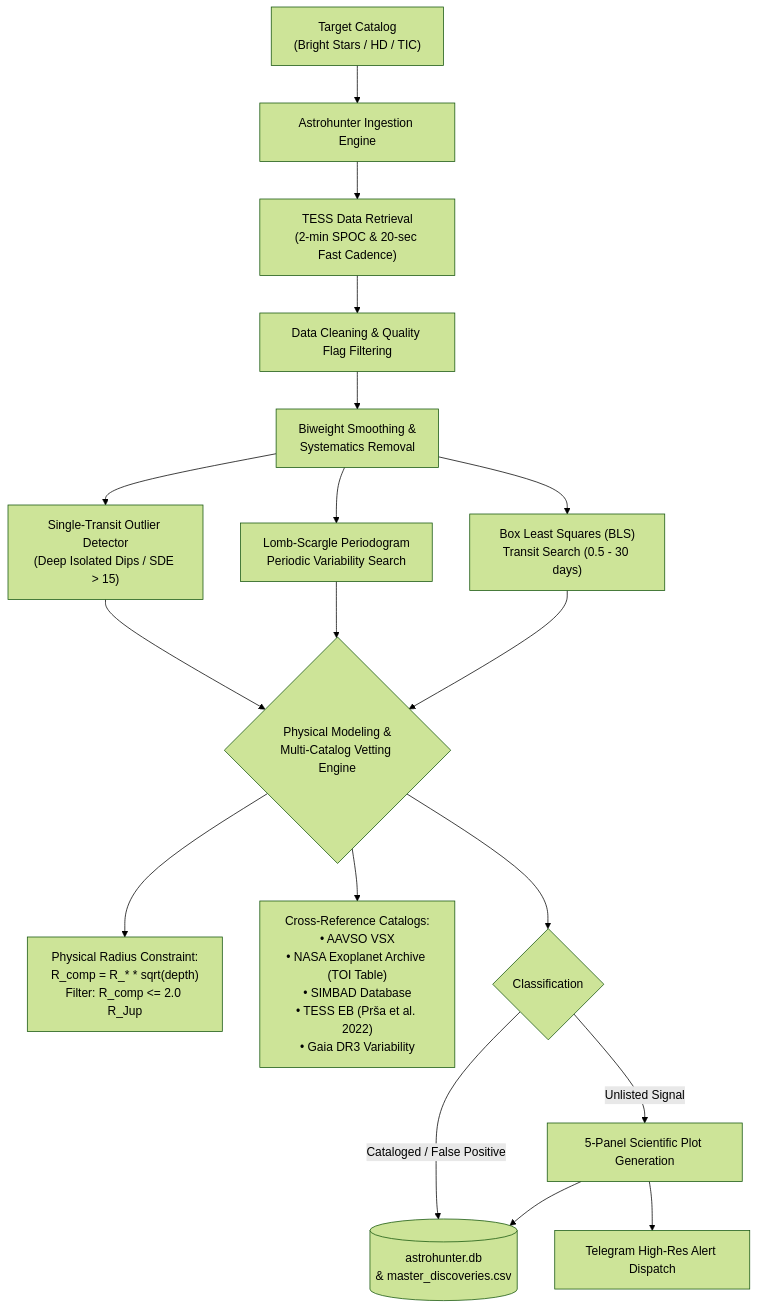
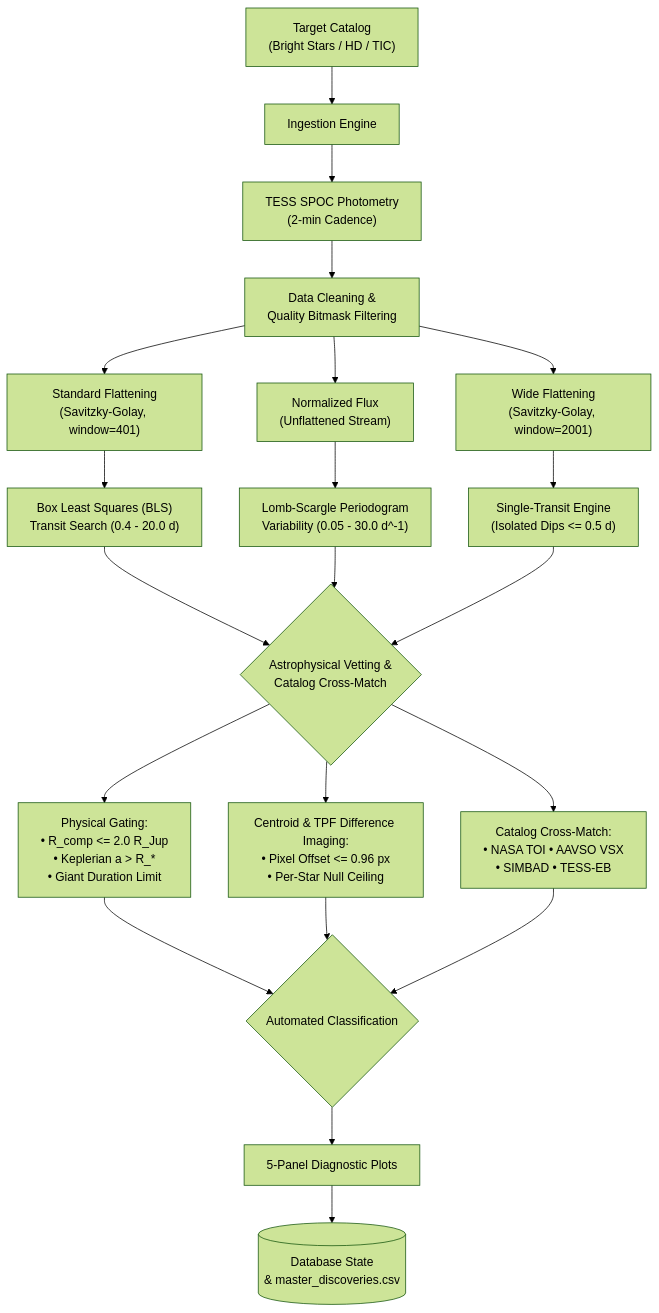
Before and after one commit to Arman-Bisht/tess-cloud-pipeline: the diagram in README.md, drawn with Mermaid (forest theme). The commit also changed other lines of this file and 8 other files, not shown here.

Commit message:
WP1: README restructure, docs split, table generation script, and data-consistency CI check

````diff
--- a/README.md
+++ b/README.md
@@ -28,24 +51,26 @@
 ```mermaid
 flowchart TD
-    TargetList["Target Catalog\n(Bright Stars / HD / TIC)"] --> Engine["Astrohunter Ingestion Engine"]
-    Engine --> Download["TESS Data Retrieval\n(2-min SPOC & 20-sec Fast Cadence)"]
-    Download --> Quality["Data Cleaning & Quality Flag Filtering"]
-    Quality --> Detrend["Biweight Smoothing &\nSystematics Removal"]
+    TargetList["Target Catalog\n(Bright Stars / HD / TIC)"] --> Engine["Ingestion Engine"]
+    Engine --> Download["TESS SPOC Photometry\n(2-min Cadence)"]
+    Download --> Quality["Data Cleaning &\nQuality Bitmask Filtering"]
     
-    Detrend --> BLS["Box Least Squares (BLS)\nTransit Search (0.5 - 30 days)"]
-    Detrend --> LS["Lomb-Scargle Periodogram\nPeriodic Variability Search"]
-    Detrend --> SingleTransit["Single-Transit Outlier Detector\n(Deep Isolated Dips / SDE > 15)"]
+    Quality --> Detrend["Standard Flattening\n(Savitzky-Golay, window=401)"]
+    Quality --> Unflat["Normalized Flux\n(Unflattened Stream)"]
+    Quality --> WideFlat["Wide Flattening\n(Savitzky-Golay, window=2001)"]
     
-    BLS --> Vetting{"Physical Modeling &\nMulti-Catalog Vetting Engine"}
+    Detrend --> BLS["Box Least Squares (BLS)\nTransit Search (0.4 - 20.0 d)"]
+    Unflat --> LS["Lomb-Scargle Periodogram\nVariability (0.05 - 30.0 d^-1)"]
+    WideFlat --> SingleTransit["Single-Transit Engine\n(Isolated Dips <= 0.5 d)"]
+    
+    BLS --> Vetting{"Astrophysical Vetting &\nCatalog Cross-Match"}
     LS --> Vetting
     SingleTransit --> Vetting
     
-    Vetting --> Physics["Physical Radius Constraint:\nR_comp = R_* * sqrt(depth)\nFilter: R_comp <= 2.0 R_Jup"]
-    Vetting --> Catalogs["Cross-Reference Catalogs:\n• AAVSO VSX\n• NASA Exoplanet Archive (TOI Table)\n• SIMBAD Database\n• TESS EB (Prša et al. 2022)\n• Gaia DR3 Variability"]
+    Vetting --> Physics["Physical Gating:\n• R_comp <= 2.0 R_Jup\n• Keplerian a > R_*\n• Giant Duration Limit"]
+    Vetting --> Pixel["Centroid & TPF Difference Imaging:\n• Pixel Offset <= 0.96 px\n• Per-Star Null Ceiling"]
+    Vetting --> Catalogs["Catalog Cross-Match:\n• NASA TOI • AAVSO VSX\n• SIMBAD • TESS-EB"]
     
-    Vetting --> Classify{"Classification"}
-    Classify -- "Unlisted Signal" --> Visualizer["5-Panel Scientific Plot Generation"]
-    Visualizer --> DB[("astrohunter.db\n& master_discoveries.csv")]
-    Visualizer --> Alerts["Telegram High-Res Alert Dispatch"]
-    Classify -- "Cataloged / False Positive" --> DB
+    Physics & Pixel & Catalogs --> Classify{"Automated Classification"}
+    Classify --> Plots["5-Panel Diagnostic Plots"]
+    Plots --> DB[("Database State\n& master_discoveries.csv")]
 ```
````
